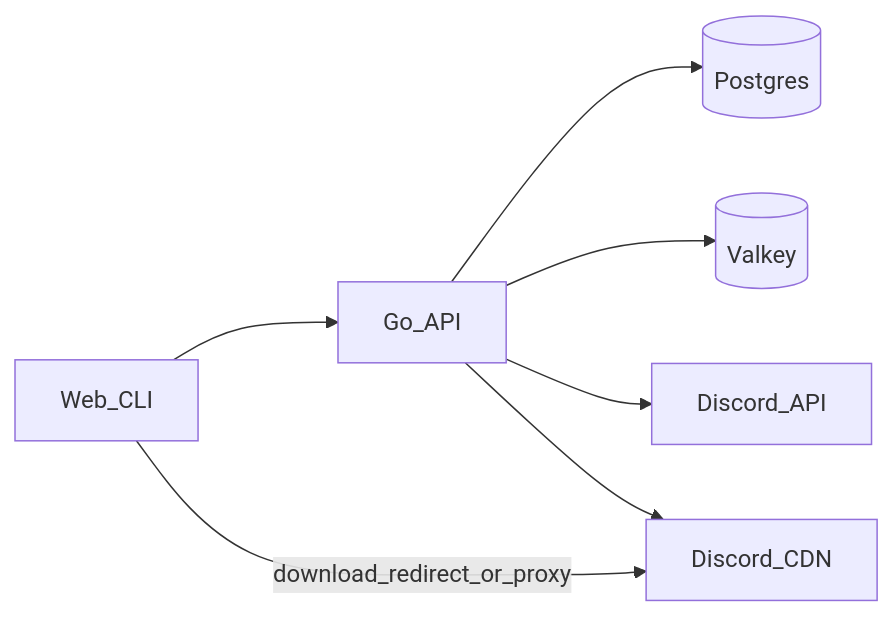
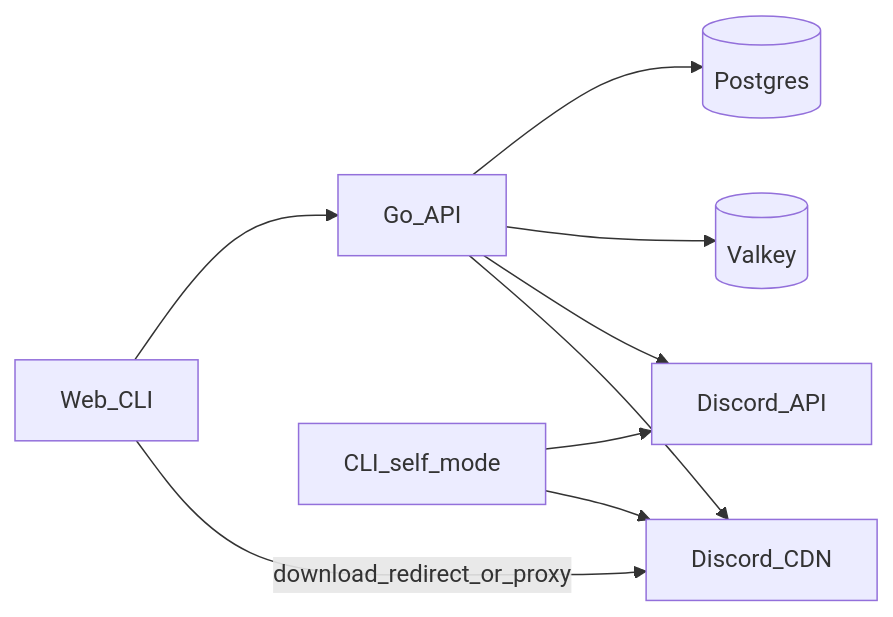
Before and after one commit to mewisme/discloud-go: the diagram in README.md, drawn with Mermaid. The commit also changed other lines of this file, not shown here.

Commit message:
docs(readme): cover self-managed CLI and install URLs

````diff
--- a/README.md
+++ b/README.md
@@ -18,9 +19,11 @@
 ```mermaid
 flowchart LR
   clients[Web_CLI] --> api[Go_API]
   api --> pg[(Postgres)]
   api --> vk[(Valkey)]
   api --> discord[Discord_API]
+  cliSelf[CLI_self_mode] --> discord
   clients -->|download_redirect_or_proxy| cdn[Discord_CDN]
   api --> cdn
+  cliSelf --> cdn
 ```
````
